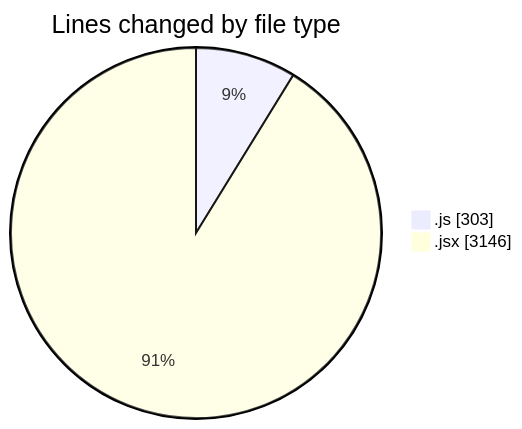
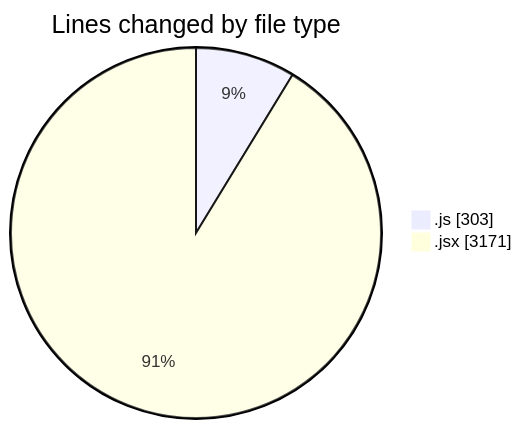
The first of 2 diagrams in 2025-05-21/nxtqube_webapp/README.md (nxtqubesakshisongat/code-tracking), drawn with Mermaid before and after one commit. The commit also changed other lines of this file and 1 other file, not shown here.

````diff
--- a/2025-05-21/nxtqube_webapp/README.md
+++ b/2025-05-21/nxtqube_webapp/README.md
@@ -24,6 +24,6 @@
 ```mermaid
 pie showData
 title Lines changed by file type
 ".js" : 303
-".jsx" : 3146
+".jsx" : 3171
 ```
````
